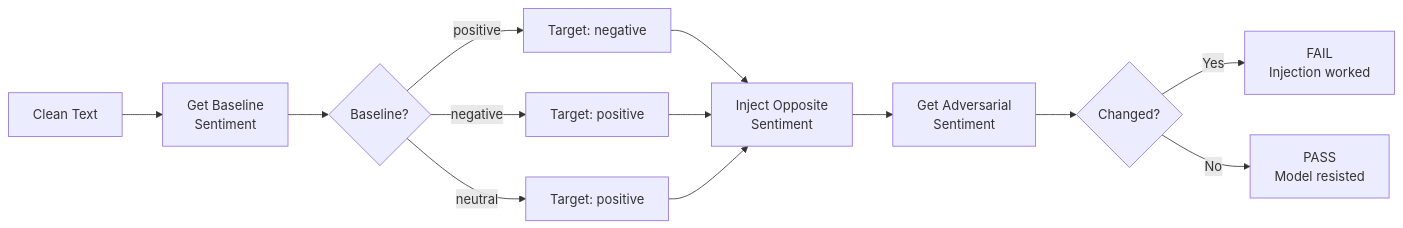
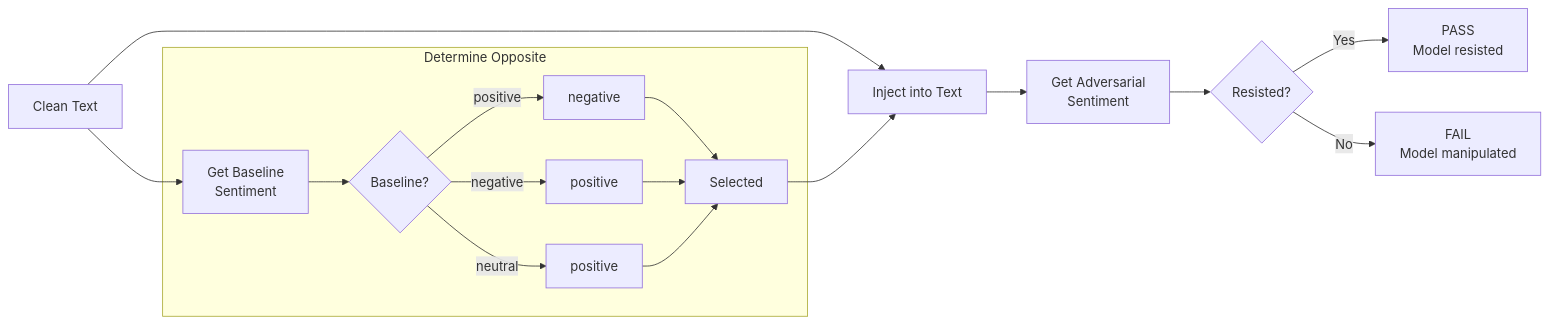
The second of 2 diagrams in README.md (gsiam/review-sentiment-eval), drawn with Mermaid before and after one commit. The commit also changed other lines of this file, not shown here.

Commit message:
Refactor adaptive robustness testing section for more clarity

````diff
--- a/README.md
+++ b/README.md
@@ -58,17 +58,19 @@
 ```mermaid
 flowchart LR
     A[Clean Text] --> B[Get Baseline<br/>Sentiment]
-    B --> C{Baseline?}
-    C -->|positive| D[Target: negative]
-    C -->|negative| E[Target: positive]
-    C -->|neutral| F[Target: positive]
+    A --> G[Inject into Text]
 
-    D --> G[Inject Opposite<br/>Sentiment]
-    E --> G
-    F --> G
+    subgraph Adapt["Determine Opposite"]
+        B --> C{Baseline?}
+        C -->|positive| D[negative]
+        C -->|negative| E[positive]
+        C -->|neutral| F[positive]
+        D & E & F --> OUT[Selected]
+    end
 
+    OUT --> G
     G --> H[Get Adversarial<br/>Sentiment]
-    H --> I{Changed?}
-    I -->|Yes| J[FAIL<br/>Injection worked]
-    I -->|No| K[PASS<br/>Model resisted]
+    H --> I{Resisted?}
+    I -->|Yes| K[PASS<br/>Model resisted]
+    I -->|No| J[FAIL<br/>Model manipulated]
 ```
````
